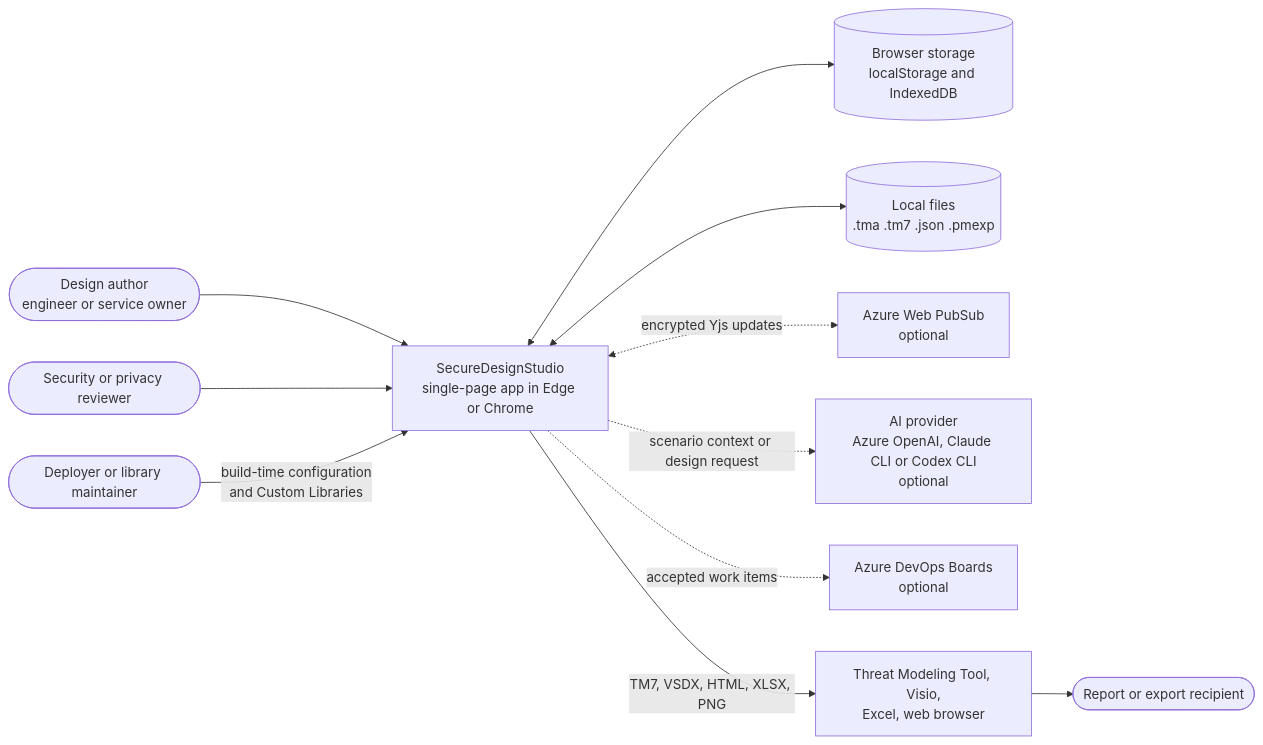
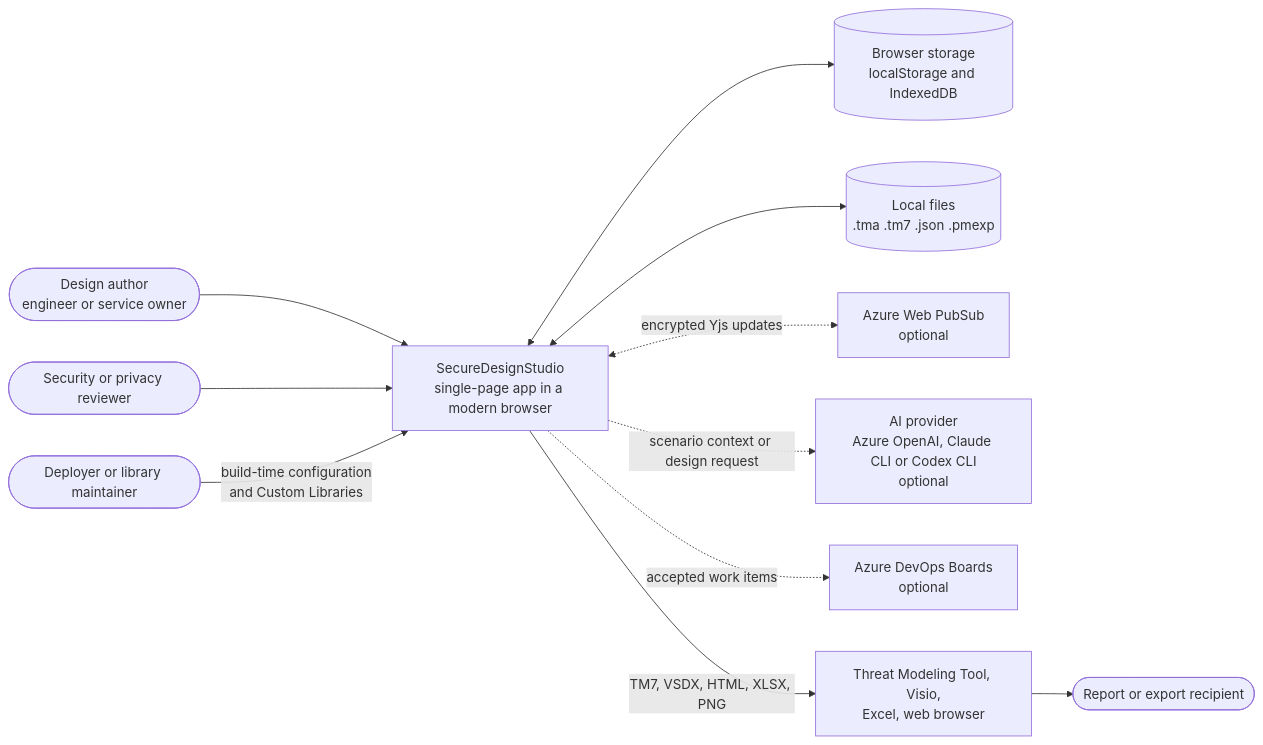
Before and after one commit to microsoft/SecureDesignStudio: the first of 8 diagrams in docs/architecture.md, drawn with Mermaid. The commit also changed other lines of this file and 18 other files, not shown here.

````diff
--- a/docs/architecture.md
+++ b/docs/architecture.md
@@ -34,27 +36,27 @@
 ```mermaid
 flowchart LR
   author([Design author<br/>engineer or service owner])
   reviewer([Security or privacy reviewer])
   deployer([Deployer or library maintainer])
   recipient([Report or export recipient])
 
-  sds[SecureDesignStudio<br/>single-page app in Edge or Chrome]
+  sds[SecureDesignStudio<br/>single-page app in a modern browser]
 
   storage[(Browser storage<br/>localStorage and IndexedDB)]
   files[(Local files<br/>.tma .tm7 .json .pmexp)]
   pubsub[Azure Web PubSub<br/>optional]
   ai[AI provider<br/>Azure OpenAI, Claude CLI or Codex CLI<br/>optional]
   ado[Azure DevOps Boards<br/>optional]
   tools[Threat Modeling Tool, Visio,<br/>Excel, web browser]
 
   author --> sds
   reviewer --> sds
   deployer -- build-time configuration<br/>and Custom Libraries --> sds
   sds <--> storage
   sds <--> files
   sds <-. encrypted Yjs updates .-> pubsub
   sds -. scenario context or design request .-> ai
   sds -. accepted work items .-> ado
   sds -- TM7, VSDX, HTML, XLSX, PNG --> tools
   tools --> recipient
 ```
````
